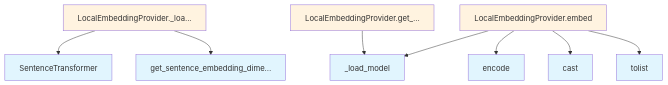
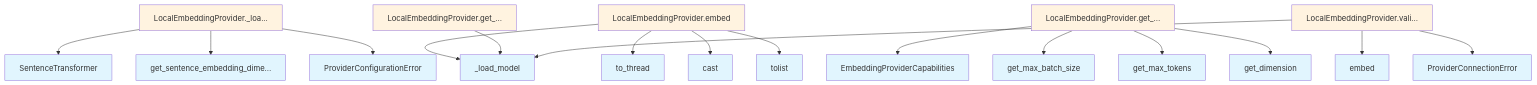
One commit to UrbanDiver/local-deepwiki-mcp changed the second of 2 diagrams in .deepwiki/files/src/local_deepwiki/providers/embeddings/local.md. Above: the diagram before and after it, drawn with Mermaid. The commit also changed other lines of this file and 65 other files, not shown here.

````diff
--- a/.deepwiki/files/src/local_deepwiki/providers/embeddings/local.md
+++ b/.deepwiki/files/src/local_deepwiki/providers/embeddings/local.md
@@ -433,23 +372,40 @@
 ```mermaid
 flowchart TD
-    N0[LocalEmbeddingProvider._loa...]
-    N1[LocalEmbeddingProvider.embed]
-    N2[LocalEmbeddingProvider.get_...]
-    N3[SentenceTransformer]
-    N4[_load_model]
-    N5[cast]
-    N6[encode]
-    N7[get_sentence_embedding_dime...]
-    N8[tolist]
-    N0 --> N3
-    N0 --> N7
-    N1 --> N4
+    N0[EmbeddingProviderCapabilities]
+    N1[LocalEmbeddingProvider._loa...]
+    N2[LocalEmbeddingProvider.embed]
+    N3[LocalEmbeddingProvider.get_...]
+    N4[LocalEmbeddingProvider.get_...]
+    N5[LocalEmbeddingProvider.vali...]
+    N6[ProviderConfigurationError]
+    N7[ProviderConnectionError]
+    N8[SentenceTransformer]
+    N9[_load_model]
+    N10[cast]
+    N11[embed]
+    N12[get_dimension]
+    N13[get_max_batch_size]
+    N14[get_max_tokens]
+    N15[get_sentence_embedding_dime...]
+    N16[to_thread]
+    N17[tolist]
+    N1 --> N8
+    N1 --> N15
     N1 --> N6
-    N1 --> N5
-    N1 --> N8
-    N2 --> N4
+    N2 --> N9
+    N2 --> N16
+    N2 --> N10
+    N2 --> N17
+    N4 --> N9
+    N5 --> N9
+    N5 --> N11
+    N5 --> N7
+    N3 --> N0
+    N3 --> N13
+    N3 --> N14
+    N3 --> N12
     classDef func fill:#e1f5fe
-    class N3,N4,N5,N6,N7,N8 func
+    class N0,N6,N7,N8,N9,N10,N11,N12,N13,N14,N15,N16,N17 func
     classDef method fill:#fff3e0
-    class N0,N1,N2 method
+    class N1,N2,N3,N4,N5 method
 ```
````
